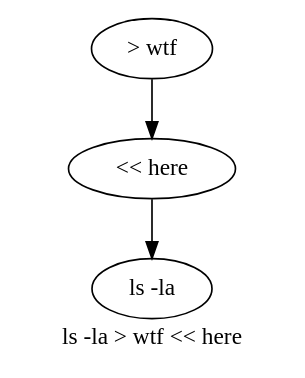
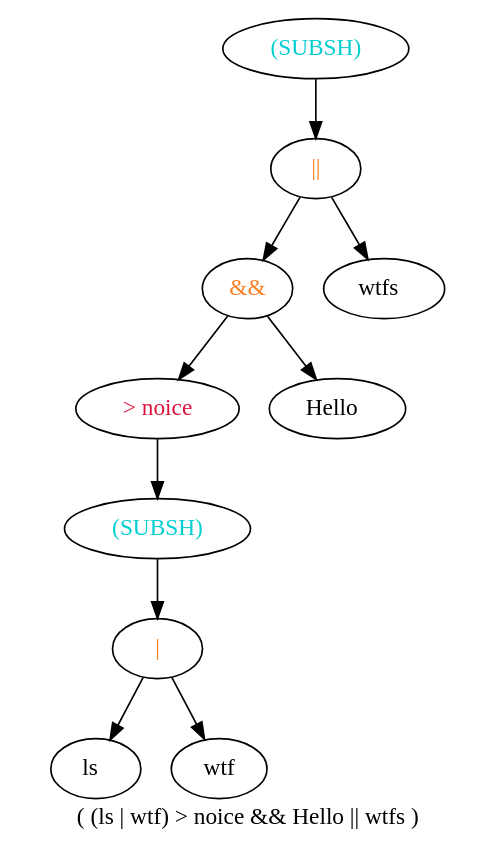
Before and after one commit to YeGoRenji/minishell-1337: the diagram in tree.dot, drawn with Graphviz. The commit also changed 12 other files, not shown here.

```diff
--- a/tree.dot
+++ b/tree.dot
@@ -1,8 +1,22 @@
 digraph yep {
-	label="ls -la > wtf << here"
-	n0[label="> wtf"];
+	label="( (ls | wtf) > noice && Hello || wtfs )"
+	n0[fontcolor=darkturquoise label="(SUBSH) "];
 	n0 -> n1;
-	n1[label="<< here"];
+	n1[fontcolor=chocolate1 label="||"];
 	n1 -> n3;
-	n3[label="ls -la "];
+	n1 -> n4;
+	n3[fontcolor=chocolate1 label="&&"];
+	n3 -> n7;
+	n3 -> n8;
+	n7[fontcolor=crimson label="> noice "];
+	n7 -> n15;
+	n15[fontcolor=darkturquoise label="(SUBSH) "];
+	n15 -> n31;
+	n31[fontcolor=chocolate1 label="|"];
+	n31 -> n63;
+	n31 -> n64;
+	n63[label="ls  "];
+	n64[label="wtf "];
+	n8[label="Hello  "];
+	n4[label="wtfs  "];
 }
```
